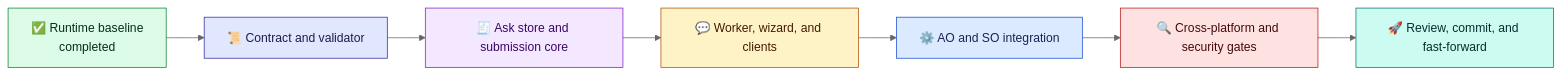
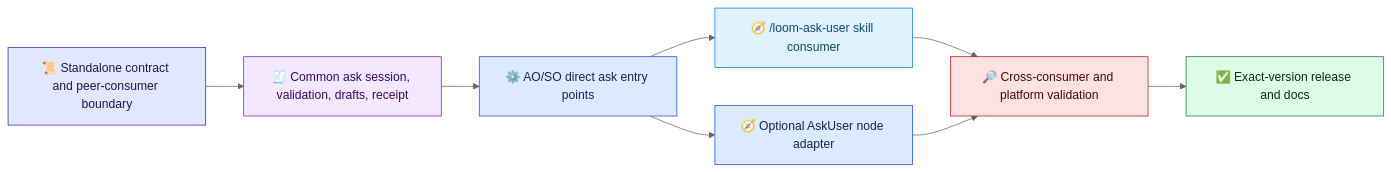
Before and after one commit to waynebaby/Techne-Loom: the diagram in docs/en/architecture/ask-user-implementation-plan.md, drawn with Mermaid (neutral theme). The commit also changed other lines of this file and 38 other files, not shown here.

````diff
--- a/docs/en/architecture/ask-user-implementation-plan.md
+++ b/docs/en/architecture/ask-user-implementation-plan.md
@@ -15,24 +15,23 @@
 ```mermaid
 flowchart LR
-    BASE["✅ Runtime baseline<br/>completed"] --> CONTRACT["📜 Contract and validator"]
-    CONTRACT --> STORE["🧾 Ask store and submission core"]
-    STORE --> CLIENT["💬 Worker, wizard, and clients"]
-    CLIENT --> HOSTS["⚙️ AO and SO integration"]
-    HOSTS --> CROSS["🔍 Cross-platform and security gates"]
-    CROSS --> REVIEW["🚀 Review, commit, and fast-forward"]
+    SPEC["📜 Standalone contract and peer-consumer boundary"] --> COMMON["🧾 Common ask session, validation, drafts, receipt"]
+    COMMON --> BINARIES["⚙️ AO/SO direct ask entry points"]
+    BINARIES --> SKILL["🧭 /loom-ask-user skill consumer"]
+    BINARIES --> NODE["🧭 Optional AskUser node adapter"]
+    SKILL --> VERIFY["🔎 Cross-consumer and platform validation"]
+    NODE --> VERIFY
+    VERIFY --> RELEASE["✅ Exact-version release and docs"]
 
-    classDef complete fill:#dcfce7,stroke:#15803d,color:#052e16;
     classDef contract fill:#e0e7ff,stroke:#3730a3,color:#1e1b4b;
     classDef evidence fill:#f3e8ff,stroke:#7e22ce,color:#3b0764;
-    classDef user fill:#fef3c7,stroke:#b45309,color:#451a03;
     classDef runtime fill:#dbeafe,stroke:#1d4ed8,color:#172554;
-    classDef validation fill:#fee2e2,stroke:#b91c1c,color:#450a0a;
-    classDef delivery fill:#ccfbf1,stroke:#0f766e,color:#042f2e;
-    class BASE complete;
-    class CONTRACT contract;
-    class STORE evidence;
-    class CLIENT user;
-    class HOSTS runtime;
-    class CROSS validation;
-    class REVIEW delivery;
+    classDef intake fill:#e0f2fe,stroke:#0284c7,color:#0c4a6e;
+    classDef inspect fill:#fee2e2,stroke:#b91c1c,color:#450a0a;
+    classDef done fill:#dcfce7,stroke:#15803d,color:#052e16;
+    class SPEC contract;
+    class COMMON evidence;
+    class BINARIES,NODE runtime;
+    class SKILL intake;
+    class VERIFY inspect;
+    class RELEASE done;
 ```
````
